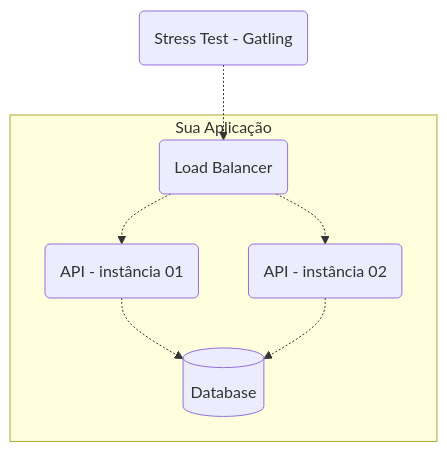
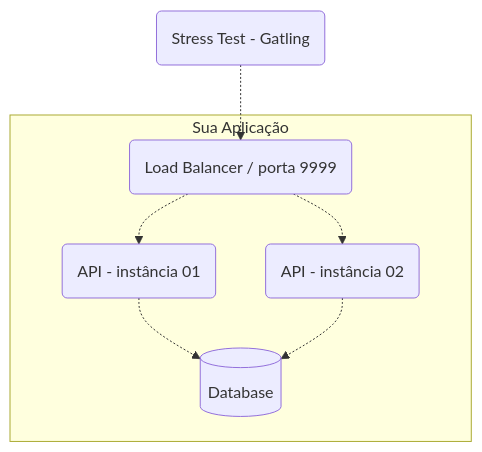
Before and after one commit to zanfranceschi/rinha-de-backend-2024-q1: the diagram in INSTRUCOES.md, drawn with Mermaid. The commit also changed other lines of this file, not shown here.

````diff
--- a/INSTRUCOES.md
+++ b/INSTRUCOES.md
@@ -150,10 +152,10 @@
 ```mermaid
 flowchart TD
-    G(Stress Test - Gatling) -.-> LB(Load Balancer)
+    G(Stress Test - Gatling) -.-> LB(Load Balancer / porta 9999)
     subgraph Sua Aplicação
         LB -.-> API1(API - instância 01)
         LB -.-> API2(API - instância 02)
         API1 -.-> Db[(Database)]
         API2 -.-> Db[(Database)]
     end
 ```
````
